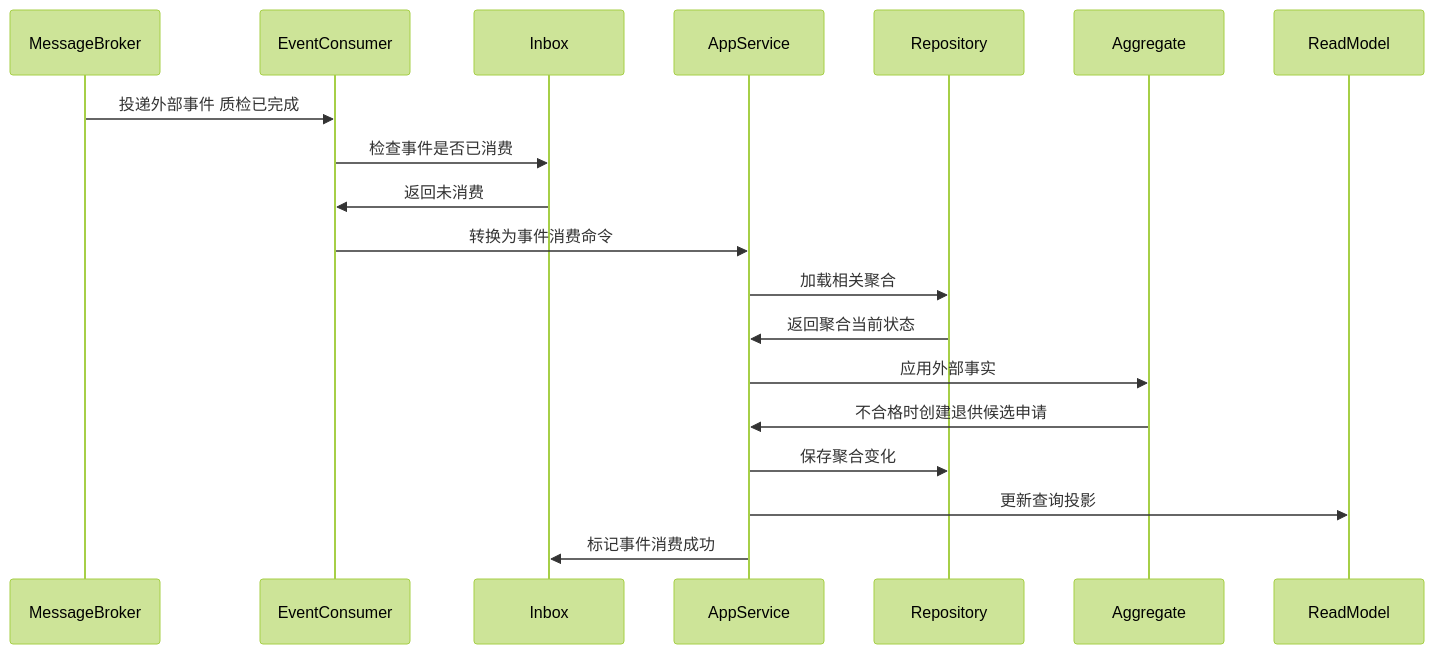
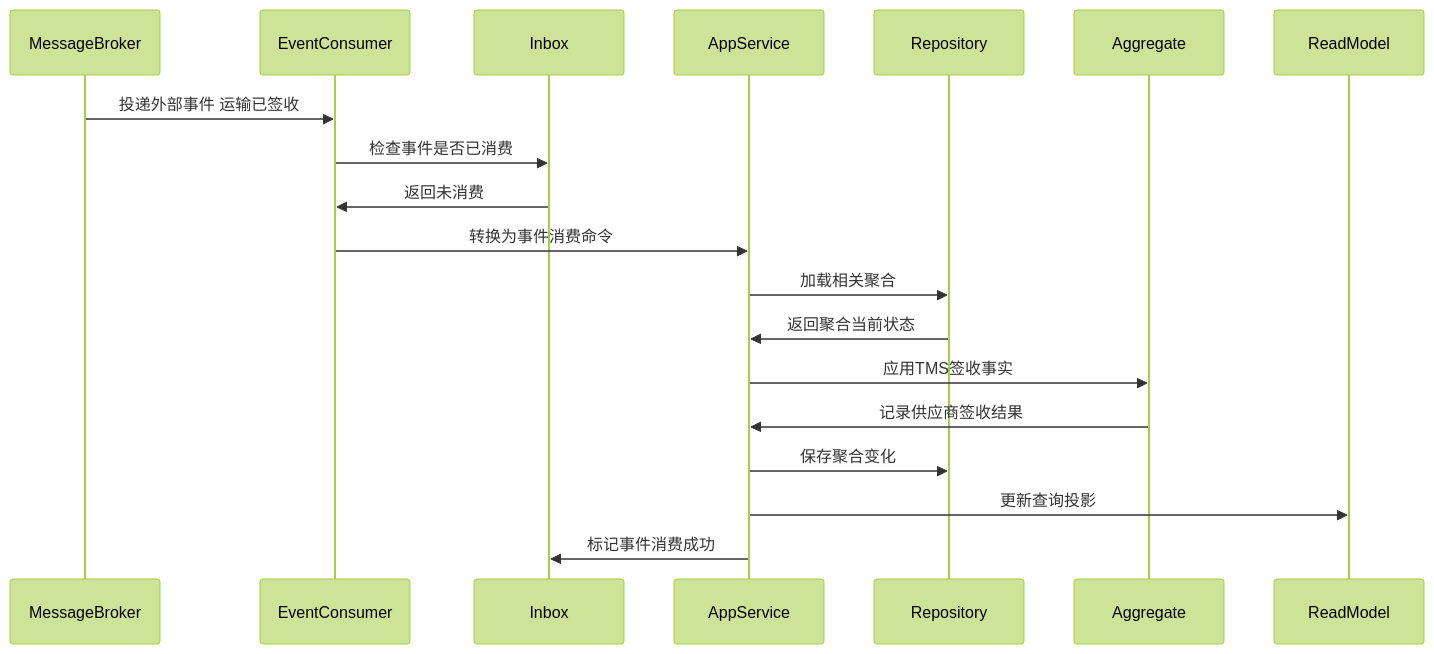
The fifth of 6 diagrams in docs/03-核心业务模型/02-采购领域模型/10-退供申请聚合CQRS设计.md (chao1927/scm), drawn with Mermaid (forest theme) before and after one commit. The commit also changed other lines of this file and 118 other files, not shown here.

````diff
--- a/docs/03-核心业务模型/02-采购领域模型/10-退供申请聚合CQRS设计.md
+++ b/docs/03-核心业务模型/02-采购领域模型/10-退供申请聚合CQRS设计.md
@@ -231,22 +250,22 @@
 ```mermaid
 sequenceDiagram
     participant MessageBroker
     participant EventConsumer
     participant Inbox
     participant AppService
     participant Repository
     participant Aggregate
     participant ReadModel
 
-    MessageBroker->>EventConsumer: 投递外部事件 质检已完成
+    MessageBroker->>EventConsumer: 投递外部事件 运输已签收
     EventConsumer->>Inbox: 检查事件是否已消费
     Inbox->>EventConsumer: 返回未消费
     EventConsumer->>AppService: 转换为事件消费命令
     AppService->>Repository: 加载相关聚合
     Repository->>AppService: 返回聚合当前状态
-    AppService->>Aggregate: 应用外部事实
-    Aggregate->>AppService: 不合格时创建退供候选申请
+    AppService->>Aggregate: 应用TMS签收事实
+    Aggregate->>AppService: 记录供应商签收结果
     AppService->>Repository: 保存聚合变化
     AppService->>ReadModel: 更新查询投影
     AppService->>Inbox: 标记事件消费成功
 ```
````
